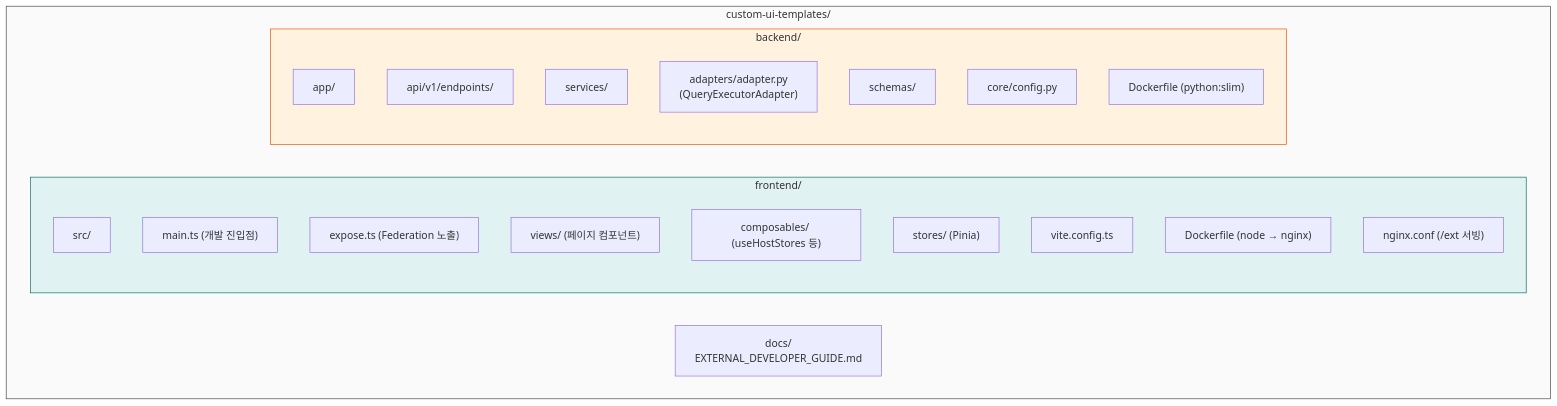
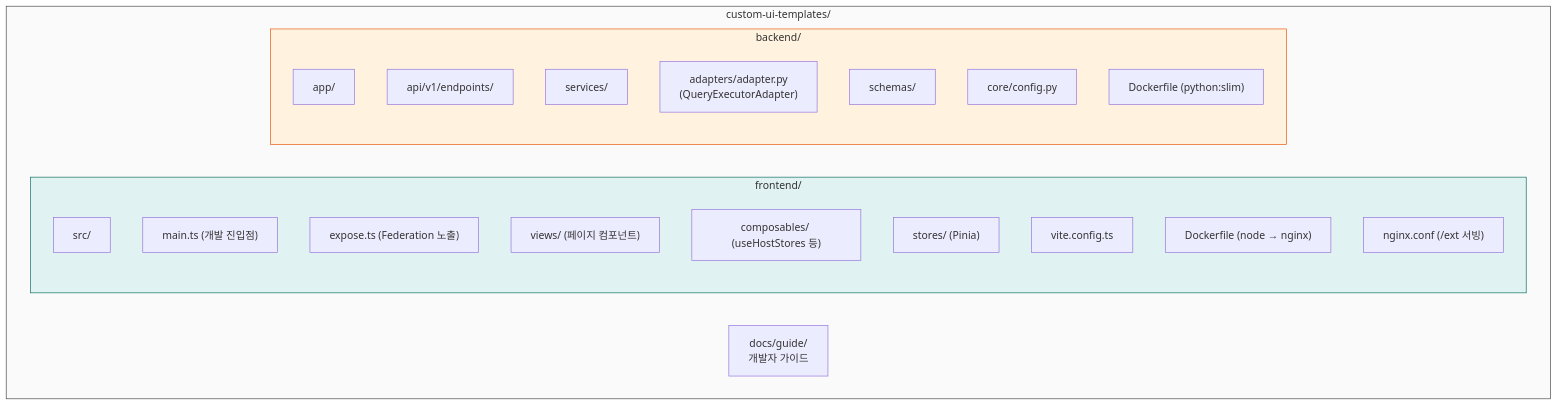
The fifth of 5 diagrams in docs/ARCHITECTURE_DIAGRAM.md (vmscloud/custom-ui-templates), drawn with Mermaid before and after one commit. The commit also changed 6 other files, not shown here.

First line of the commit message:
docs: EXTERNAL_DEVELOPER_GUIDE 배포·문제해결 섹션을 가이드로 이전

````diff
--- a/docs/ARCHITECTURE_DIAGRAM.md
+++ b/docs/ARCHITECTURE_DIAGRAM.md
@@ -220,32 +220,32 @@
 ```mermaid
 graph TB
     subgraph REPO["custom-ui-templates/"]
         subgraph FE["frontend/"]
             FE_SRC["src/"]
             FE_MAIN["main.ts (개발 진입점)"]
             FE_EXPOSE["expose.ts (Federation 노출)"]
             FE_VIEWS["views/ (페이지 컴포넌트)"]
             FE_COMP["composables/ (useHostStores 등)"]
             FE_STORE["stores/ (Pinia)"]
             FE_VITE["vite.config.ts"]
             FE_DOCK["Dockerfile (node → nginx)"]
             FE_NGINX["nginx.conf (/ext 서빙)"]
         end
 
         subgraph BE["backend/"]
             BE_APP["app/"]
             BE_API["api/v1/endpoints/"]
             BE_SVC["services/"]
             BE_ADP["adapters/adapter.py<br/>(QueryExecutorAdapter)"]
             BE_SCH["schemas/"]
             BE_CORE["core/config.py"]
             BE_DOCK["Dockerfile (python:slim)"]
         end
 
-        DOCS["docs/<br/>EXTERNAL_DEVELOPER_GUIDE.md"]
+        DOCS["docs/guide/<br/>개발자 가이드"]
     end
 
     style FE fill:#e0f2f1,stroke:#00695c
     style BE fill:#fff3e0,stroke:#e65100
     style REPO fill:#fafafa,stroke:#424242
 ```
````
